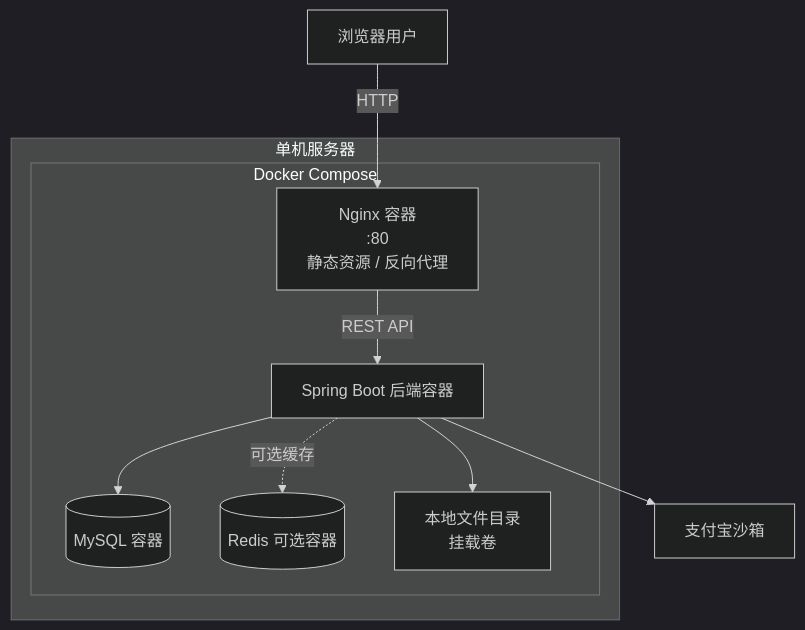
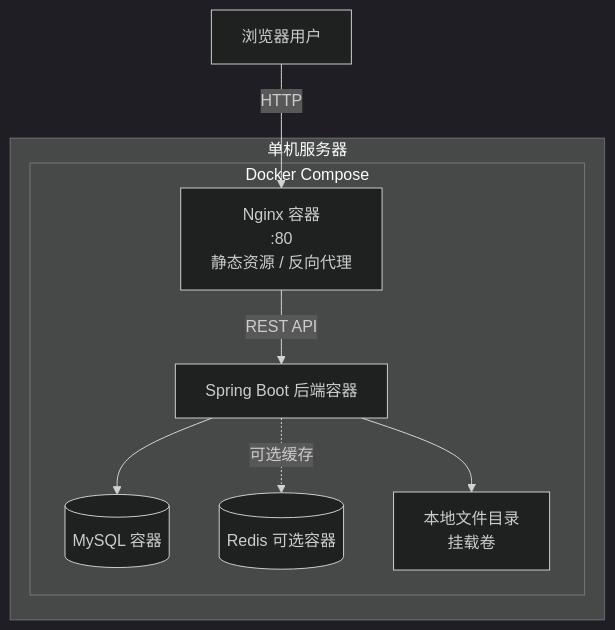
The third of 3 diagrams in docs/P2/architecture_design.md (true-is-dui/CampusHub), drawn with Mermaid (dark theme) before and after one commit. The commit also changed other lines of this file and 11 other files, not shown here.

````diff
--- a/docs/P2/architecture_design.md
+++ b/docs/P2/architecture_design.md
@@ -337,23 +335,20 @@
 ```mermaid
 flowchart TB
     User["浏览器用户"]
 
     subgraph Server["单机服务器"]
         subgraph Compose["Docker Compose"]
             Nginx["Nginx 容器<br/>:80<br/>静态资源 / 反向代理"]
             Spring["Spring Boot 后端容器"]
             MySQL[("MySQL 容器")]
             Redis[("Redis 可选容器")]
             Files["本地文件目录<br/>挂载卷"]
         end
     end
 
-    Alipay["支付宝沙箱"]
-
     User -->|HTTP| Nginx
     Nginx -->|REST API| Spring
     Spring --> MySQL
     Spring --> Files
-    Spring --> Alipay
     Spring -. "可选缓存" .-> Redis
 ```
````
